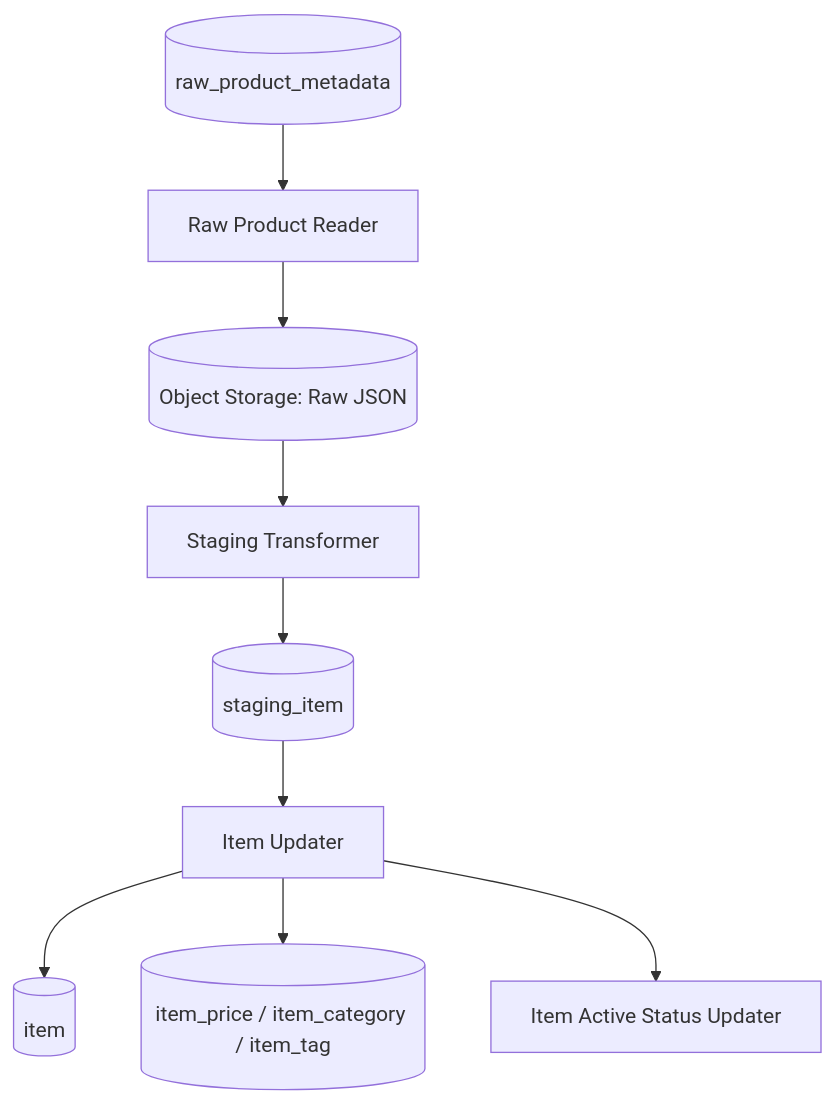
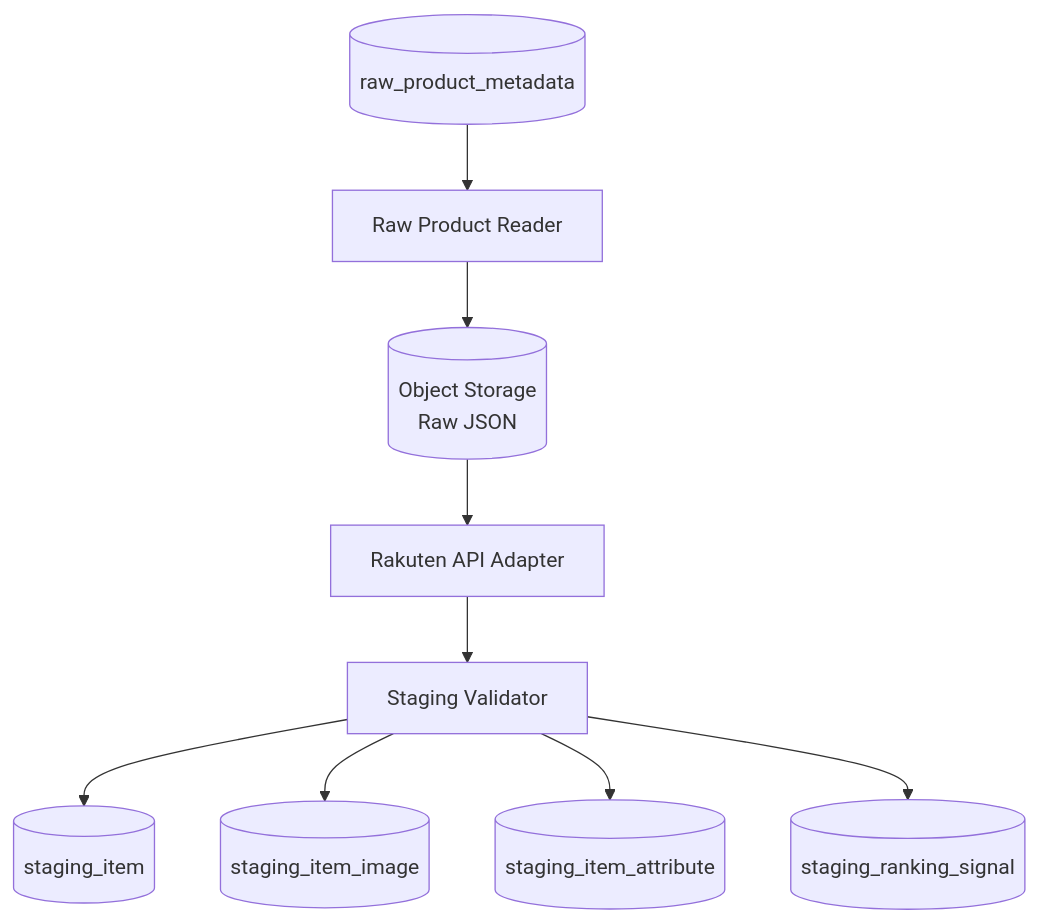
Before and after one commit to ryo-chan-k6/GiftRecommendAPP_MVP_CYCLE_3: the sixth of 10 diagrams in docs/05_アプリケーション設計/アプリ/処理構成定義書.md, drawn with Mermaid. The commit also changed other lines of this file, not shown here.

````diff
--- a/docs/05_アプリケーション設計/アプリ/処理構成定義書.md
+++ b/docs/05_アプリケーション設計/アプリ/処理構成定義書.md
@@ -623,11 +941,11 @@
 ```mermaid
 flowchart TD
     A[(raw_product_metadata)] --> B[Raw Product Reader]
-    B --> C[(Object Storage: Raw JSON)]
-    C --> D[Staging Transformer]
-    D --> E[(staging_item)]
-    E --> F[Item Updater]
-    F --> G[(item)]
-    F --> H[(item_price / item_category / item_tag)]
-    F --> I[Item Active Status Updater]
+    B --> C[(Object Storage<br/>Raw JSON)]
+    C --> D[Rakuten API Adapter]
+    D --> E[Staging Validator]
+    E --> F[(staging_item)]
+    E --> G[(staging_item_image)]
+    E --> H[(staging_item_attribute)]
+    E --> I[(staging_ranking_signal)]
 ```
````
